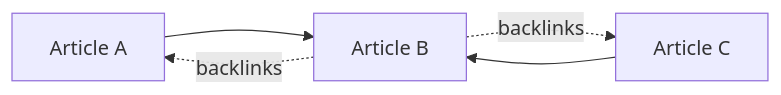
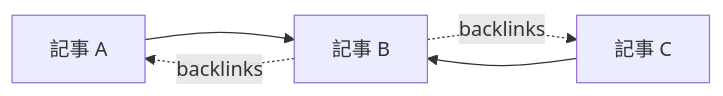
The eighth of 13 diagrams in docs/docs/framework/content-system.ja.md (Rerurate514/riebeckite), drawn with Mermaid before and after one commit. The commit also changed other lines of this file and 310 other files, not shown here.

````diff
--- a/docs/docs/framework/content-system.ja.md
+++ b/docs/docs/framework/content-system.ja.md
@@ -351,8 +311,8 @@
 ```mermaid id="8grb4h"
 graph LR
-    A["Article A"] --> B["Article B"]
-    C["Article C"] --> B
+    A["記事 A"] --> B["記事 B"]
+    C["記事 C"] --> B
 
     B -. "backlinks" .-> A
     B -. "backlinks" .-> C
 ```
````
